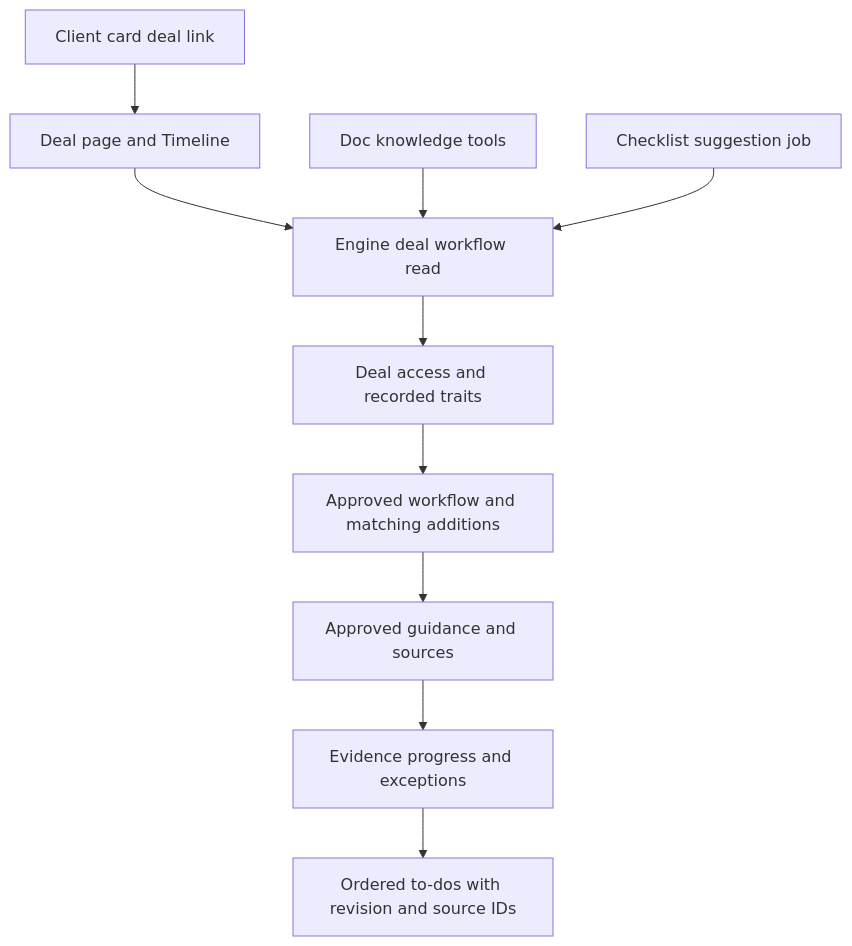
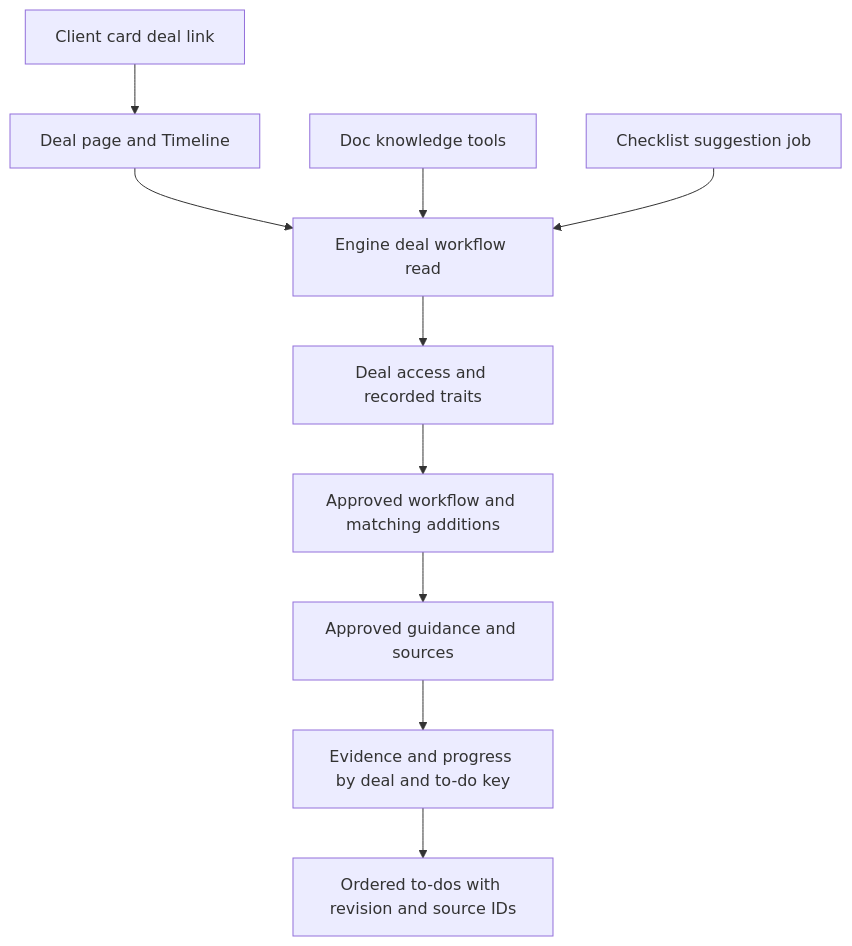
One commit to DoctorCRE/doctorcre-engine changed the first of 3 diagrams in docs/knowledge/reads.md. Above: the diagram before and after it, drawn with Mermaid. The commit also changed other lines of this file and 6 other files, not shown here.

Commit message:
Keep deal progress on one to-do key

````diff
--- a/docs/knowledge/reads.md
+++ b/docs/knowledge/reads.md
@@ -5,12 +5,12 @@
 ```mermaid
 flowchart TD
     D[Deal page and Timeline] --> R[Engine deal workflow read]
     C[Client card deal link] --> D
     A[Doc knowledge tools] --> R
     J[Checklist suggestion job] --> R
     R --> X[Deal access and recorded traits]
     X --> W[Approved workflow and matching additions]
     W --> K[Approved guidance and sources]
-    K --> P[Evidence progress and exceptions]
+    K --> P[Evidence and progress by deal and to-do key]
     P --> O[Ordered to-dos with revision and source IDs]
 ```
````
